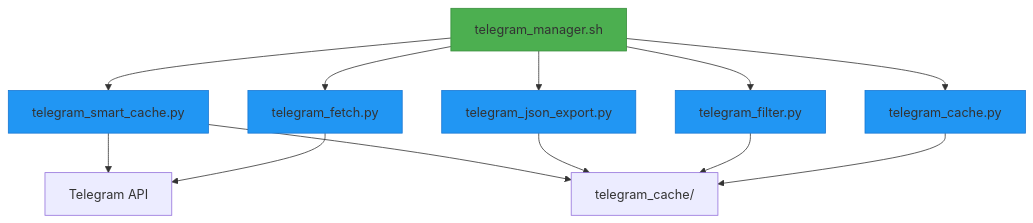
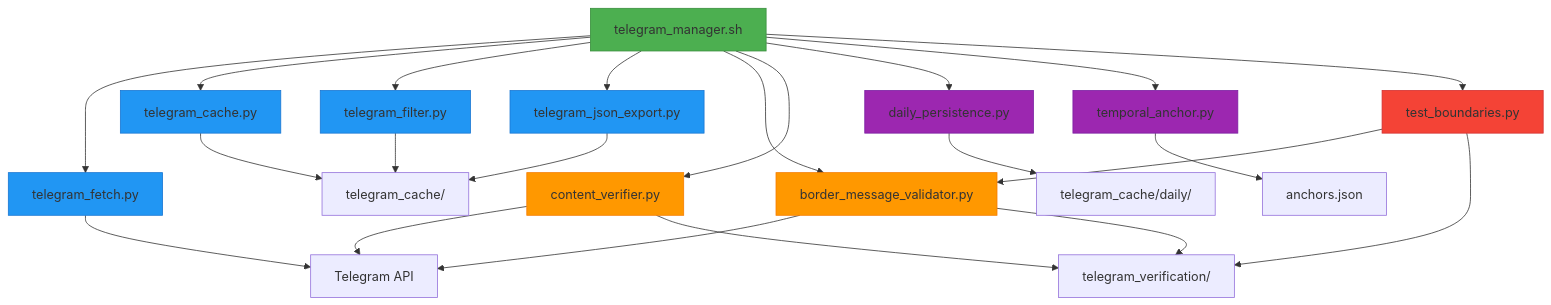
The diagram in .qoder/repowiki/en/content/Tool Overview & Core Value/Tool Overview & Core Value.md (almazom/MCP-Fallback-Scripts), drawn with Mermaid before and after one commit. The commit also changed other lines of this file and 44 other files, not shown here.

````diff
--- a/.qoder/repowiki/en/content/Tool Overview & Core Value/Tool Overview & Core Value.md
+++ b/.qoder/repowiki/en/content/Tool Overview & Core Value/Tool Overview & Core Value.md
@@ -37,20 +56,34 @@
 ```mermaid
 graph TB
 A[telegram_manager.sh] --> B[telegram_fetch.py]
 A --> C[telegram_cache.py]
 A --> D[telegram_filter.py]
 A --> E[telegram_json_export.py]
-A --> F[telegram_smart_cache.py]
-B --> G[Telegram API]
-C --> H[telegram_cache/]
-D --> H
-E --> H
-F --> G
-F --> H
+A --> F[border_message_validator.py]
+A --> G[content_verifier.py]
+A --> H[daily_persistence.py]
+A --> I[temporal_anchor.py]
+A --> J[test_boundaries.py]
+B --> K[Telegram API]
+C --> L[telegram_cache/]
+D --> L
+E --> L
+F --> K
+F --> M[telegram_verification/]
+G --> K
+G --> M
+H --> N[telegram_cache/daily/]
+I --> O[anchors.json]
+J --> F
+J --> M
 style A fill:#4CAF50,stroke:#388E3C
 style B fill:#2196F3,stroke:#1976D2
 style C fill:#2196F3,stroke:#1976D2
 style D fill:#2196F3,stroke:#1976D2
 style E fill:#2196F3,stroke:#1976D2
-style F fill:#2196F3,stroke:#1976D2
+style F fill:#FF9800,stroke:#F57C00
+style G fill:#FF9800,stroke:#F57C00
+style H fill:#9C27B0,stroke:#7B1FA2
+style I fill:#9C27B0,stroke:#7B1FA2
+style J fill:#F44336,stroke:#D32F2F
 ```
````
